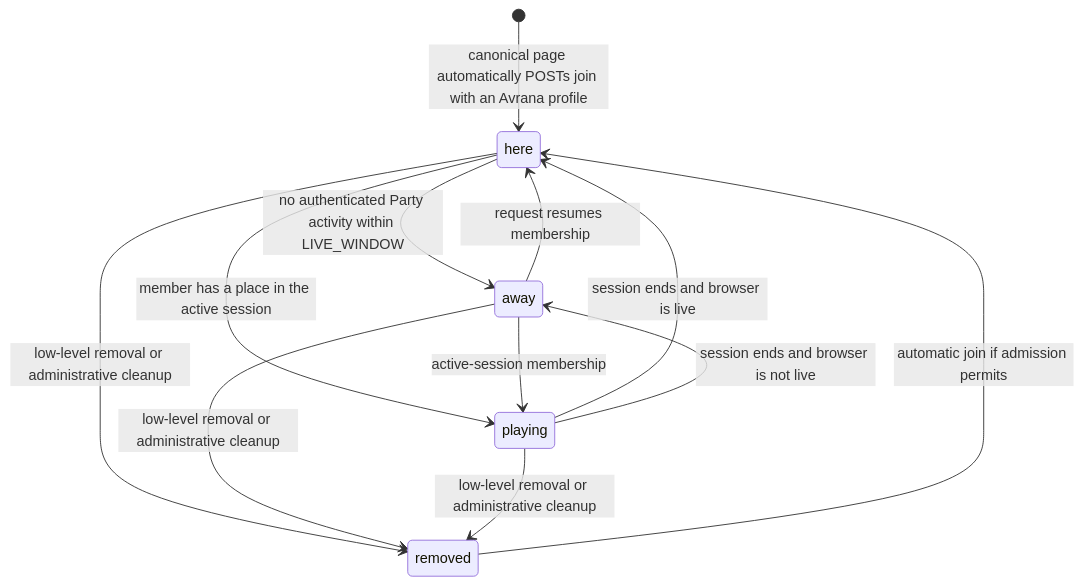
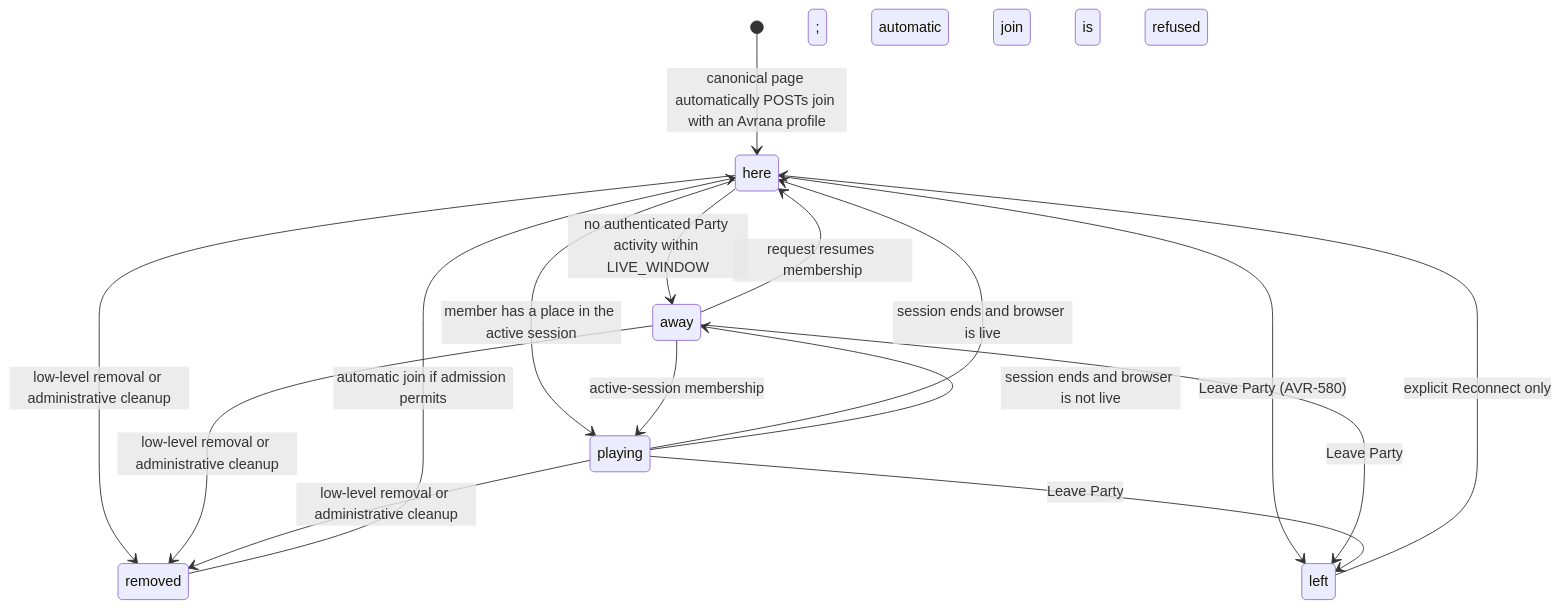
One commit to rcnechamkin/avrana-party changed the second of 4 diagrams in docs/design/PARTY-LIFECYCLE.md. Above: the diagram before and after it, drawn with Mermaid. The commit also changed other lines of this file and 20 other files, not shown here.

First line of the commit message:
Review fixes and Leave Party in the in-game drawer (AVR-580)

````diff
--- a/docs/design/PARTY-LIFECYCLE.md
+++ b/docs/design/PARTY-LIFECYCLE.md
@@ -96,14 +96,18 @@
 ```mermaid
 stateDiagram-v2
   [*] --> here: canonical page automatically POSTs join with an Avrana profile
   here --> away: no authenticated Party activity within LIVE_WINDOW
   away --> here: request resumes membership
   here --> playing: member has a place in the active session
   away --> playing: active-session membership
   playing --> here: session ends and browser is live
   playing --> away: session ends and browser is not live
   here --> removed: low-level removal or administrative cleanup
   away --> removed: low-level removal or administrative cleanup
   playing --> removed: low-level removal or administrative cleanup
   removed --> here: automatic join if admission permits
+  here --> left: Leave Party (AVR-580)
+  away --> left: Leave Party
+  playing --> left: Leave Party
+  left --> here: explicit Reconnect only; automatic join is refused
 ```
````
